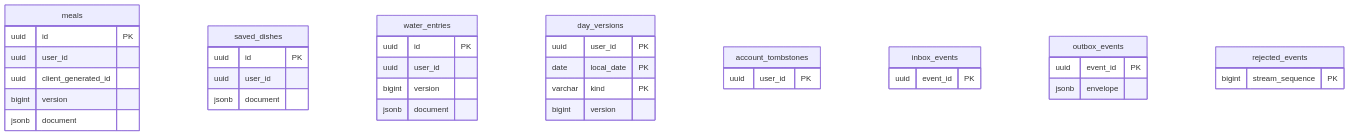
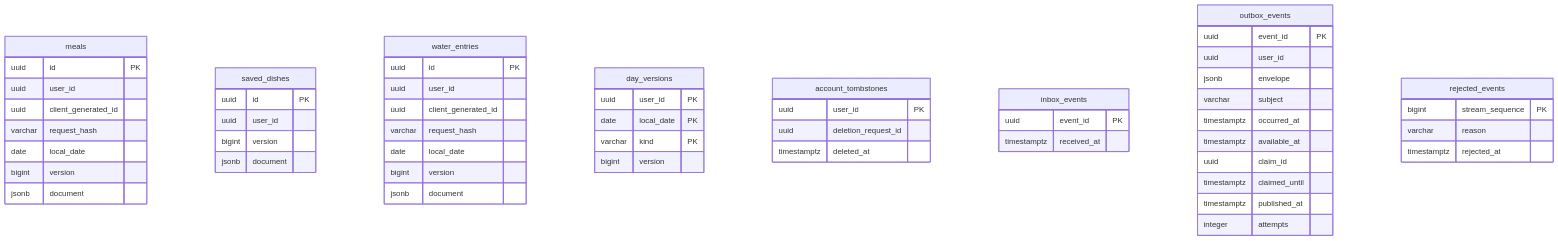
The diagram in contracts/dbml/nutrition.mmd (COOKieProjectTeam/cookie), drawn with Mermaid before and after one commit. The commit also changed 4 other files, not shown here.

```diff
--- a/contracts/dbml/nutrition.mmd
+++ b/contracts/dbml/nutrition.mmd
@@ -1,38 +1,59 @@
+%% Physical columns mirrored from nutrition.dbml; versioned SQL migrations are authoritative.
+%% Owned dish/item snapshots are embedded in document JSONB; no cross-service foreign keys.
 erDiagram
   meals {
     uuid id PK
     uuid user_id
     uuid client_generated_id
+    varchar request_hash
+    date local_date
     bigint version
     jsonb document
   }
   saved_dishes {
     uuid id PK
     uuid user_id
+    bigint version
     jsonb document
   }
   water_entries {
     uuid id PK
     uuid user_id
+    uuid client_generated_id
+    varchar request_hash
+    date local_date
     bigint version
     jsonb document
   }
   day_versions {
     uuid user_id PK
     date local_date PK
     varchar kind PK
     bigint version
   }
   account_tombstones {
     uuid user_id PK
+    uuid deletion_request_id
+    timestamptz deleted_at
   }
   inbox_events {
     uuid event_id PK
+    timestamptz received_at
   }
   outbox_events {
     uuid event_id PK
+    uuid user_id
     jsonb envelope
+    varchar subject
+    timestamptz occurred_at
+    timestamptz available_at
+    uuid claim_id
+    timestamptz claimed_until
+    timestamptz published_at
+    integer attempts
   }
   rejected_events {
     bigint stream_sequence PK
+    varchar reason
+    timestamptz rejected_at
   }
```
